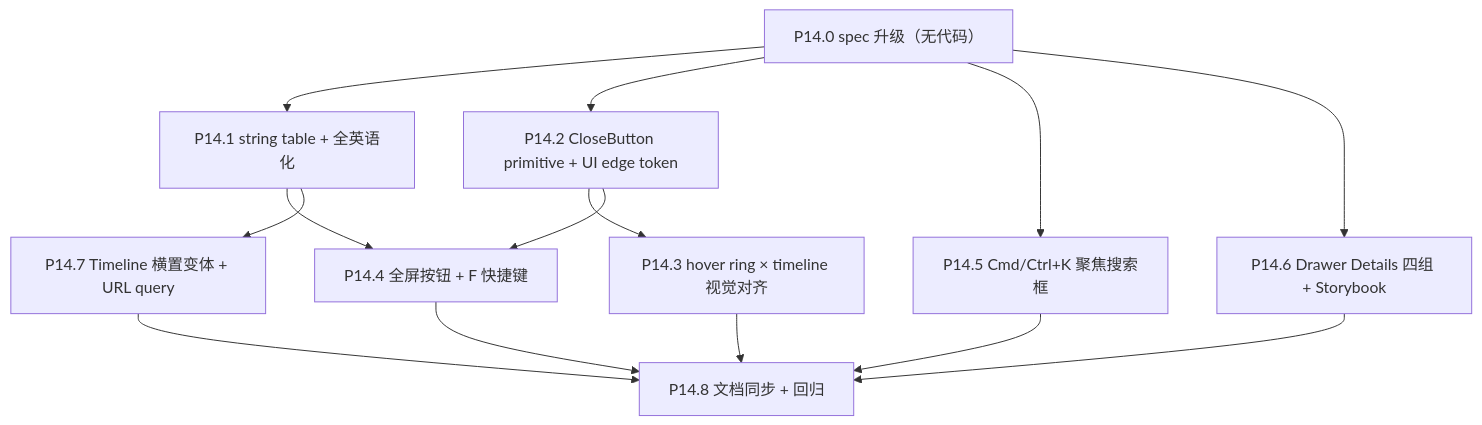
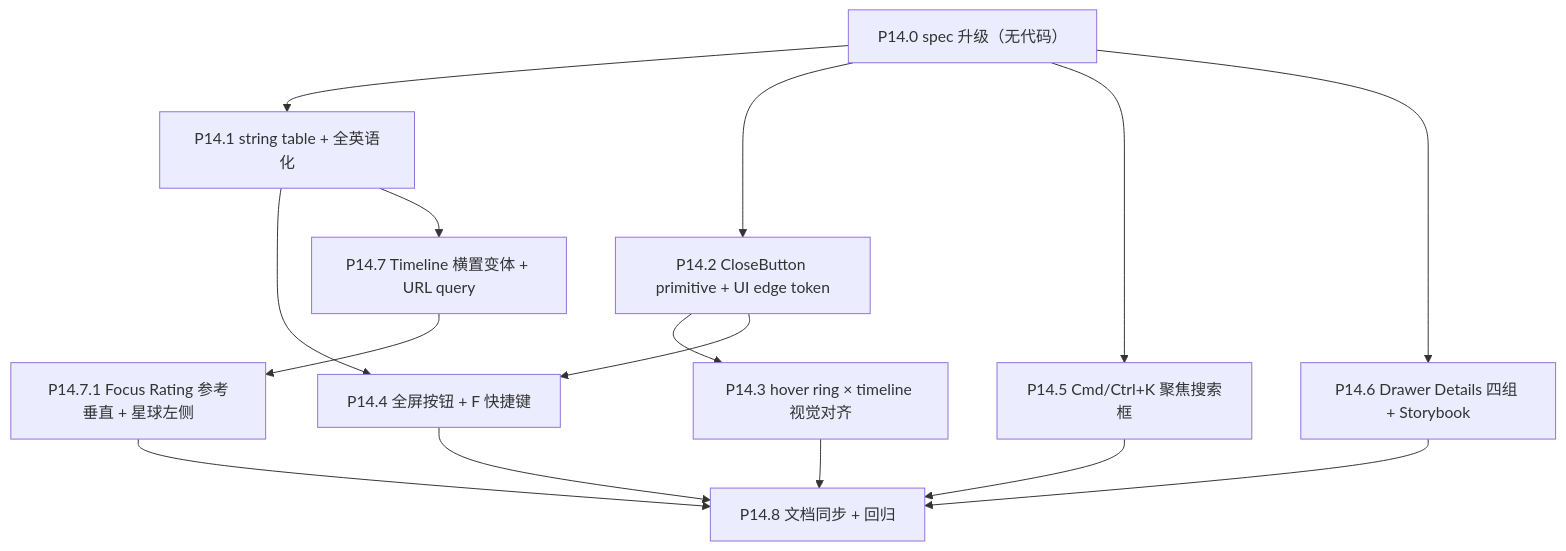
The diagram in .cursor/plans/phase_14_hud_polish_ed74e27e.plan.md (XYBuilds/chronicle_v3_3d_galaxy), drawn with Mermaid before and after one commit. The commit also changed other lines of this file and 1 other file, not shown here.

First line of the commit message:
feat(hud): P14.7.1 vertical FocusLReference left of planet

````diff
--- a/.cursor/plans/phase_14_hud_polish_ed74e27e.plan.md
+++ b/.cursor/plans/phase_14_hud_polish_ed74e27e.plan.md
@@ -76,26 +80,28 @@
 ```mermaid
 flowchart TD
     P140["P14.0 spec 升级（无代码）"]
     P141["P14.1 string table + 全英语化"]
     P142["P14.2 CloseButton primitive + UI edge token"]
     P143["P14.3 hover ring × timeline 视觉对齐"]
     P144["P14.4 全屏按钮 + F 快捷键"]
     P145["P14.5 Cmd/Ctrl+K 聚焦搜索框"]
     P146["P14.6 Drawer Details 四组 + Storybook"]
     P147["P14.7 Timeline 横置变体 + URL query"]
+    P1471["P14.7.1 Focus Rating 参考垂直 + 星球左侧"]
     P148["P14.8 文档同步 + 回归"]
 
     P140 --> P141
     P140 --> P142
     P140 --> P145
     P140 --> P146
     P142 --> P143
     P141 --> P144
     P142 --> P144
     P141 --> P147
     P143 --> P148
     P144 --> P148
     P145 --> P148
     P146 --> P148
-    P147 --> P148
+    P147 --> P1471
+    P1471 --> P148
 ```
````
